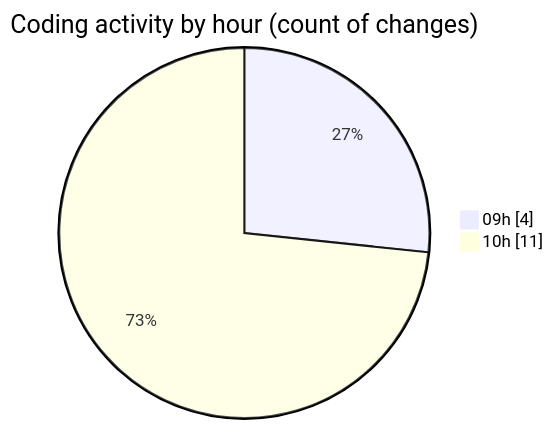
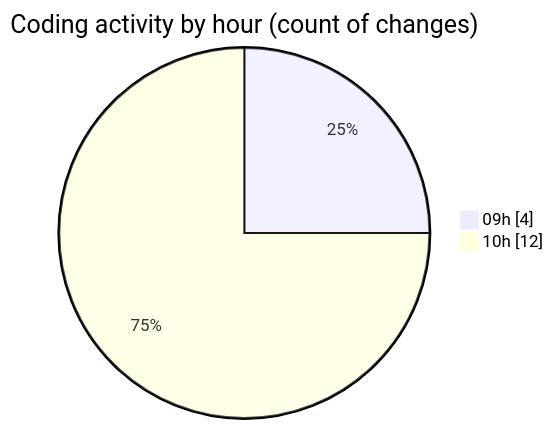
One commit to nxtqubesakshisongat/code-tracking changed the second of 2 diagrams in 2025-05-19/nxtqube_webapp/README.md. Above: the diagram before and after it, drawn with Mermaid. The commit also changed other lines of this file and 1 other file, not shown here.

````diff
--- a/2025-05-19/nxtqube_webapp/README.md
+++ b/2025-05-19/nxtqube_webapp/README.md
@@ -30,6 +30,6 @@
 ```mermaid
 pie showData
 title Coding activity by hour (count of changes)
 "09h" : 4
-"10h" : 11
+"10h" : 12
 ```
````
